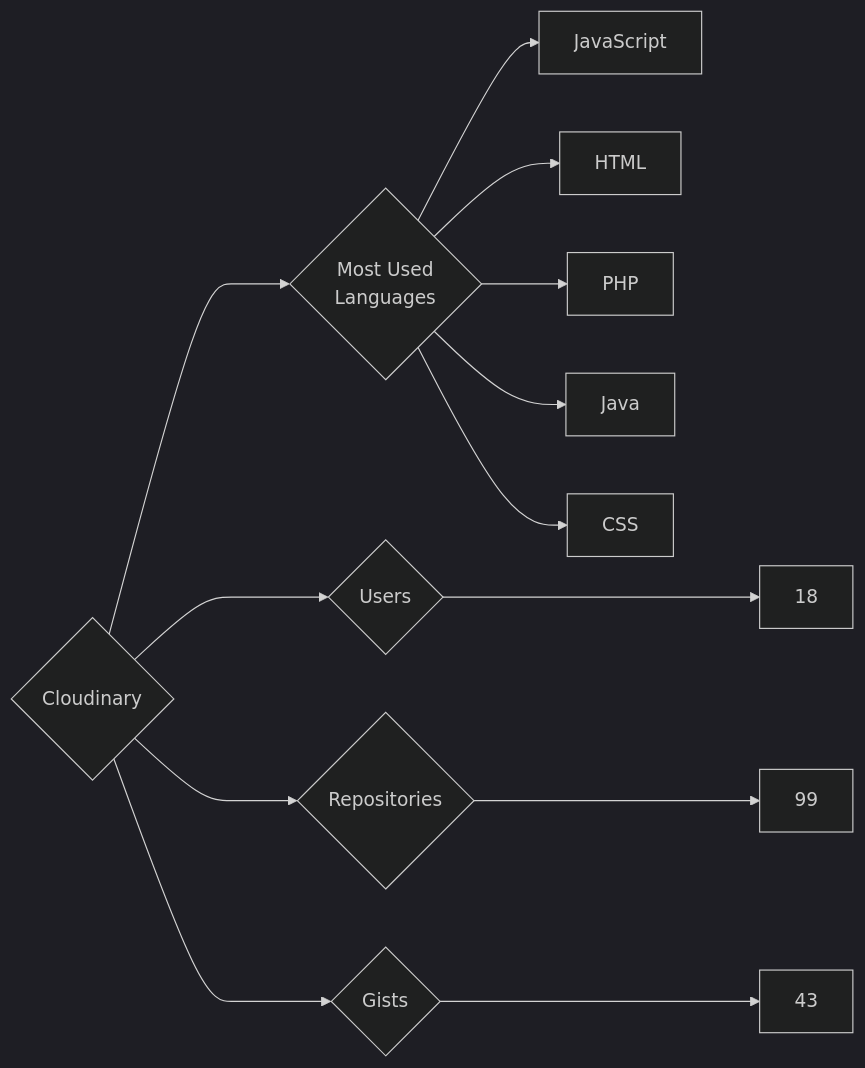
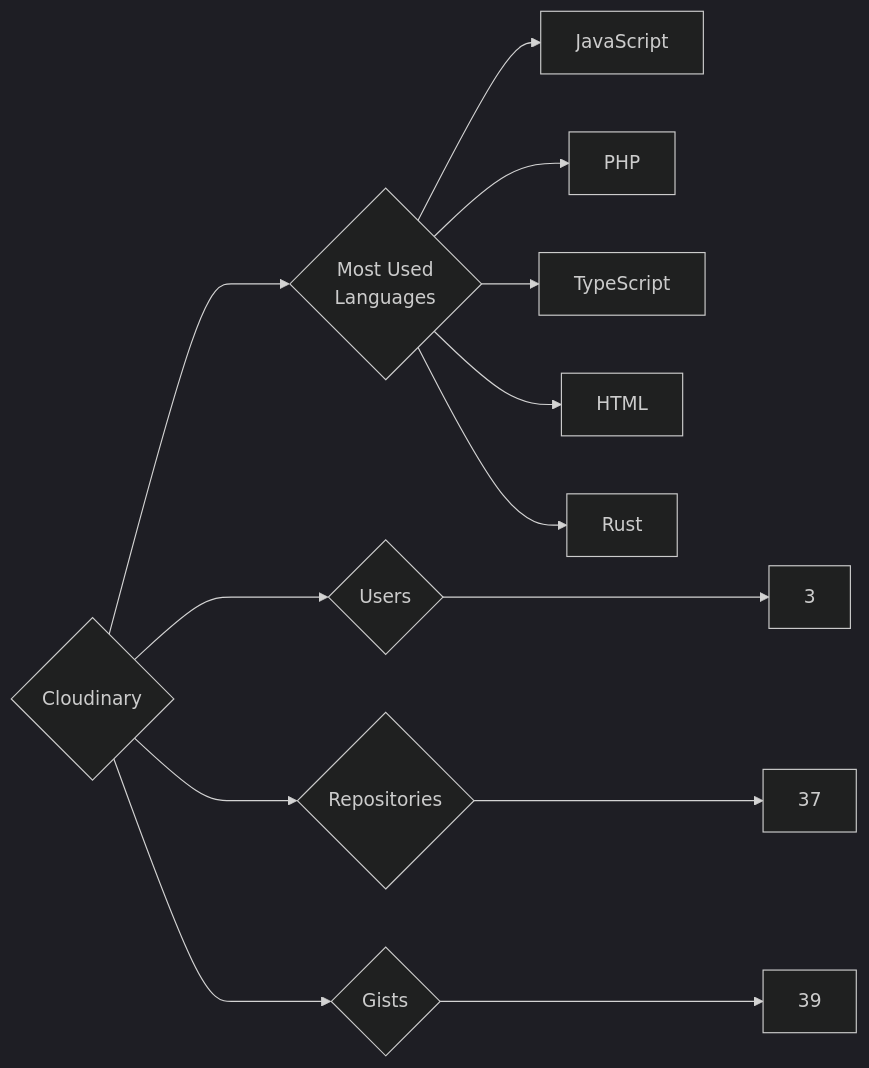
The diagram in targets/Cloudinary/README.md (trickest/insiders), drawn with Mermaid (dark theme) before and after one commit. The commit also changed 894 other files, not shown here.

````diff
--- a/targets/Cloudinary/README.md
+++ b/targets/Cloudinary/README.md
@@ -3,13 +3,13 @@
 ```mermaid
 graph LR
 COMPANY_NAME{Cloudinary}
-COMPANY_NAME ---> U{Users} ---> UN[18]
-COMPANY_NAME ---> R{Repositories} ---> RN[99]
-COMPANY_NAME ---> G{Gists} ---> GN[43]
+COMPANY_NAME ---> U{Users} ---> UN[3]
+COMPANY_NAME ---> R{Repositories} ---> RN[37]
+COMPANY_NAME ---> G{Gists} ---> GN[39]
 COMPANY_NAME ---> ML{Most Used<br>Languages}
 ML --> JavaScript[JavaScript]
+ML --> PHP[PHP]
+ML --> TypeScript[TypeScript]
 ML --> HTML[HTML]
-ML --> PHP[PHP]
-ML --> Java[Java]
-ML --> CSS[CSS]
+ML --> Rust[Rust]
 ```
````
